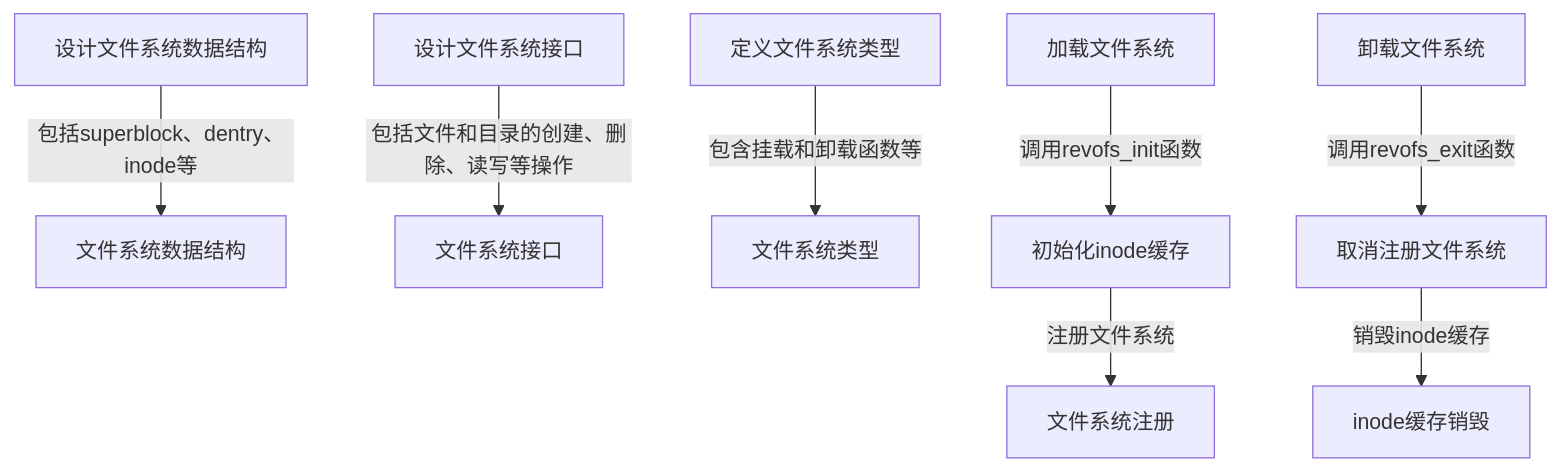
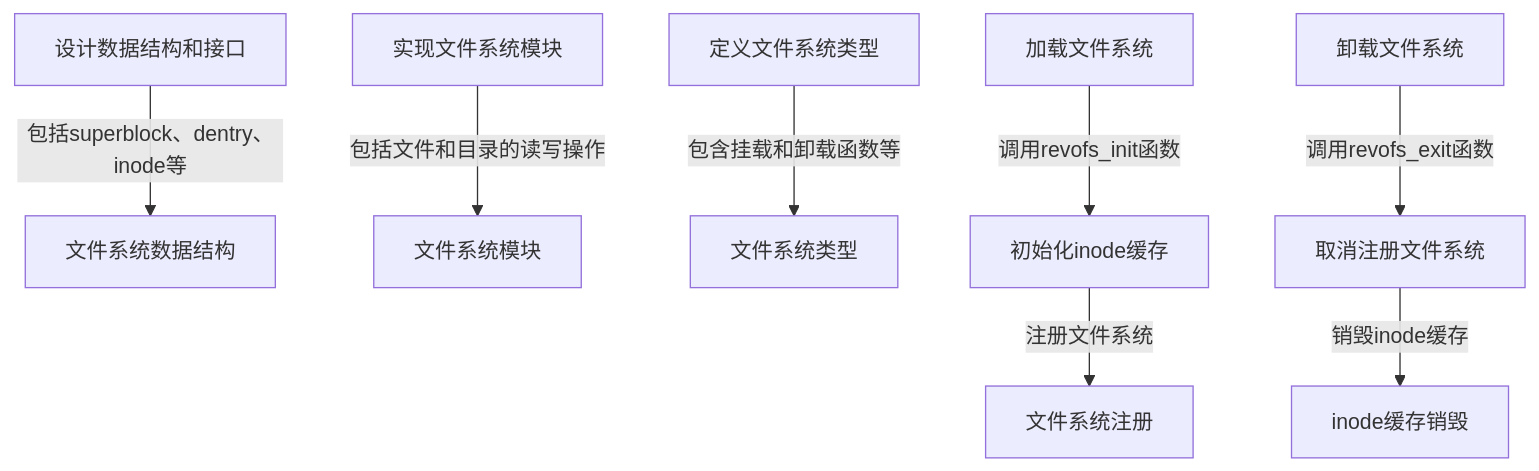
The third of 4 diagrams in README.md (dekrt/revoFS), drawn with Mermaid before and after one commit. The commit also changed other lines of this file and 1 other file, not shown here.

````diff
--- a/README.md
+++ b/README.md
@@ -93,16 +93,15 @@
 ```mermaid
 graph TB
-  DS["设计文件系统数据结构"]
+  DS["设计数据结构和接口"]
   DS -- "包括superblock、dentry、inode等" --> DS1["文件系统数据结构"]
-  DI["设计文件系统接口"]
-  DI -- "包括文件和目录的创建、删除、读写等操作" --> DI1["文件系统接口"]
+  DI["实现文件系统模块"]
+  DI -- "包括文件和目录的读写操作" --> DI1["文件系统模块"]
   FS["定义文件系统类型"]
   FS -- "包含挂载和卸载函数等" --> FS1["文件系统类型"]
   LI["加载文件系统"]
   LI -- "调用revofs_init函数" --> LI1["初始化inode缓存"]
   LI1 -- "注册文件系统" --> LI2["文件系统注册"]
   UI["卸载文件系统"]
   UI -- "调用revofs_exit函数" --> UI1["取消注册文件系统"]
   UI1 -- "销毁inode缓存" --> UI2["inode缓存销毁"]
-
 ```
````
